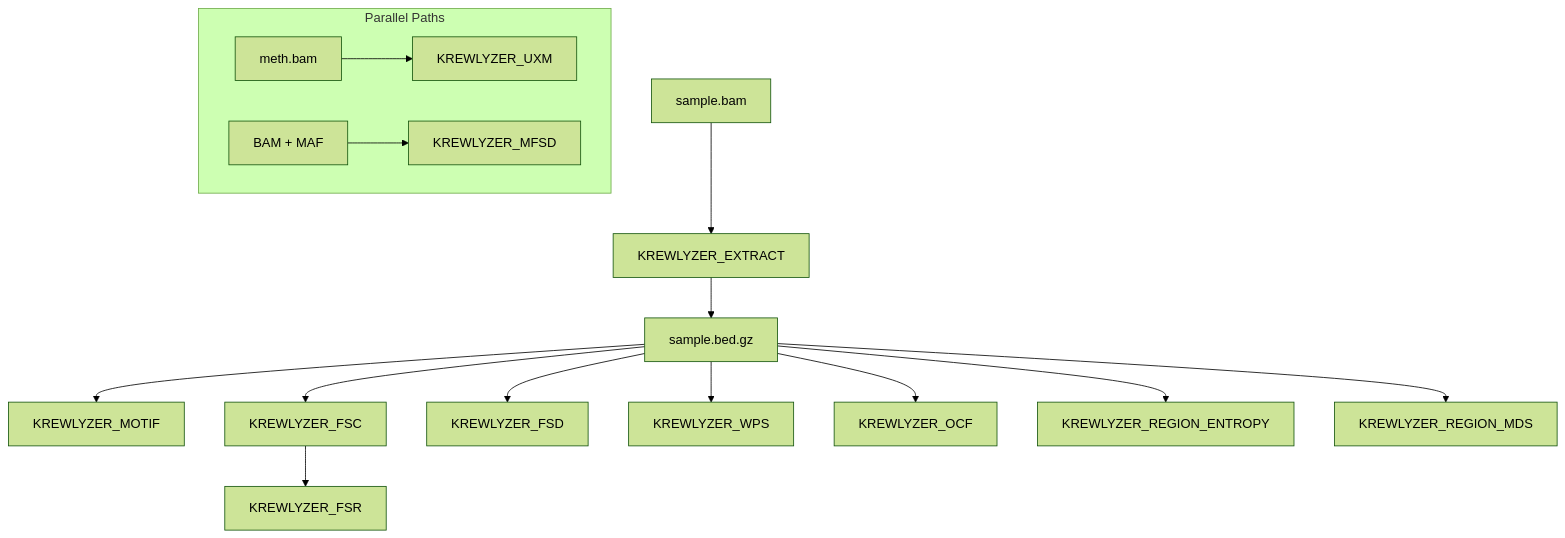
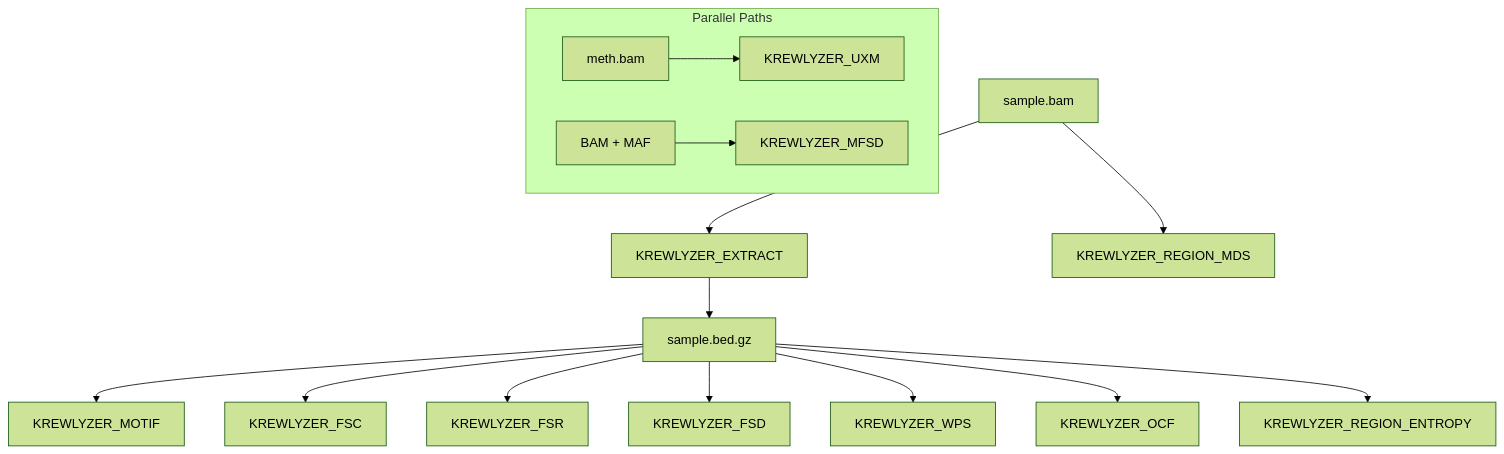
One commit to msk-access/krewlyzer changed the diagram in docs/nextflow/index.md. Above: the diagram before and after it, drawn with Mermaid (forest theme). The commit also changed 115 other files, not shown here.

````diff
--- a/docs/nextflow/index.md
+++ b/docs/nextflow/index.md
@@ -18,20 +18,20 @@
 ```mermaid
 flowchart TB
     BAM["sample.bam"] --> EXTRACT["KREWLYZER_EXTRACT"]
     EXTRACT --> BED["sample.bed.gz"]
     
     BED --> MOTIF["KREWLYZER_MOTIF"]
     BED --> FSC["KREWLYZER_FSC"]
+    BED --> FSR["KREWLYZER_FSR"]
     BED --> FSD["KREWLYZER_FSD"]
     BED --> WPS["KREWLYZER_WPS"]
     BED --> OCF["KREWLYZER_OCF"]
     BED --> ENTROPY["KREWLYZER_REGION_ENTROPY"]
-    BED --> RMDS["KREWLYZER_REGION_MDS"]
     
-    FSC --> FSR["KREWLYZER_FSR"]
+    BAM --> RMDS["KREWLYZER_REGION_MDS"]
     
     subgraph "Parallel Paths"
         METH_BAM["meth.bam"] --> UXM["KREWLYZER_UXM"]
         BAM2["BAM + MAF"] --> MFSD["KREWLYZER_MFSD"]
     end
 ```
````
